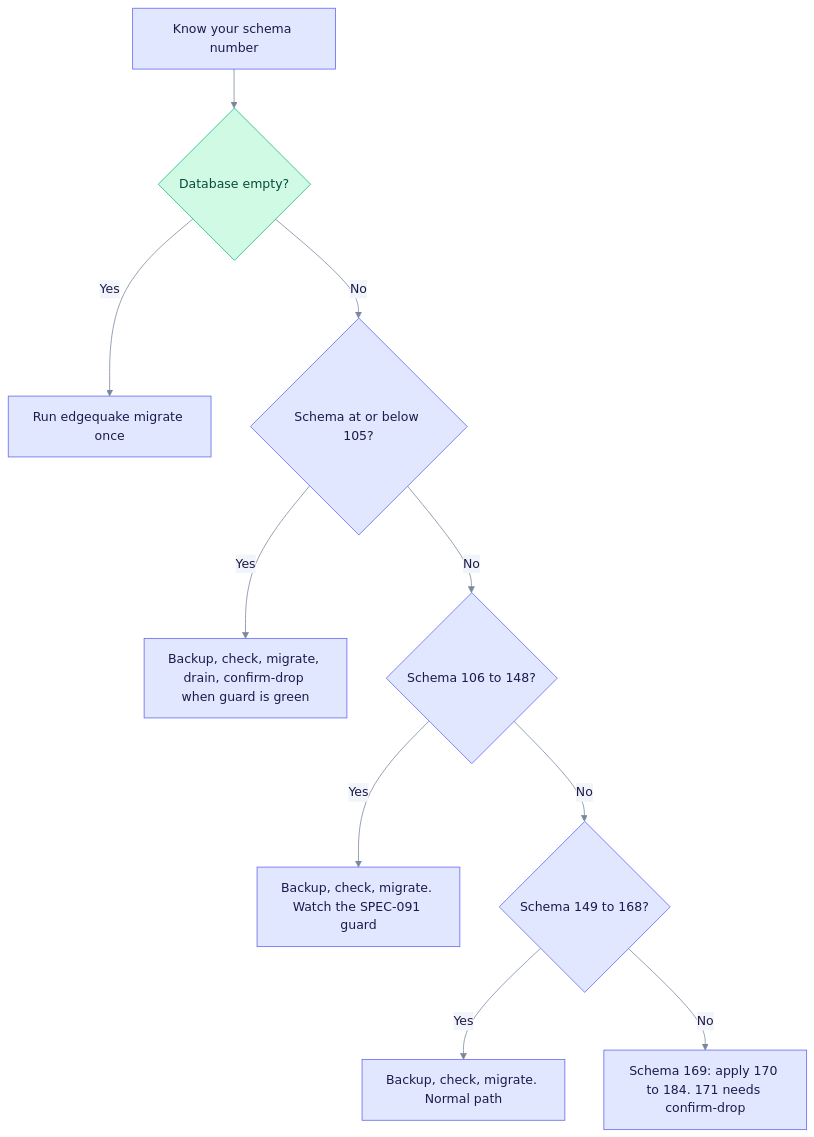
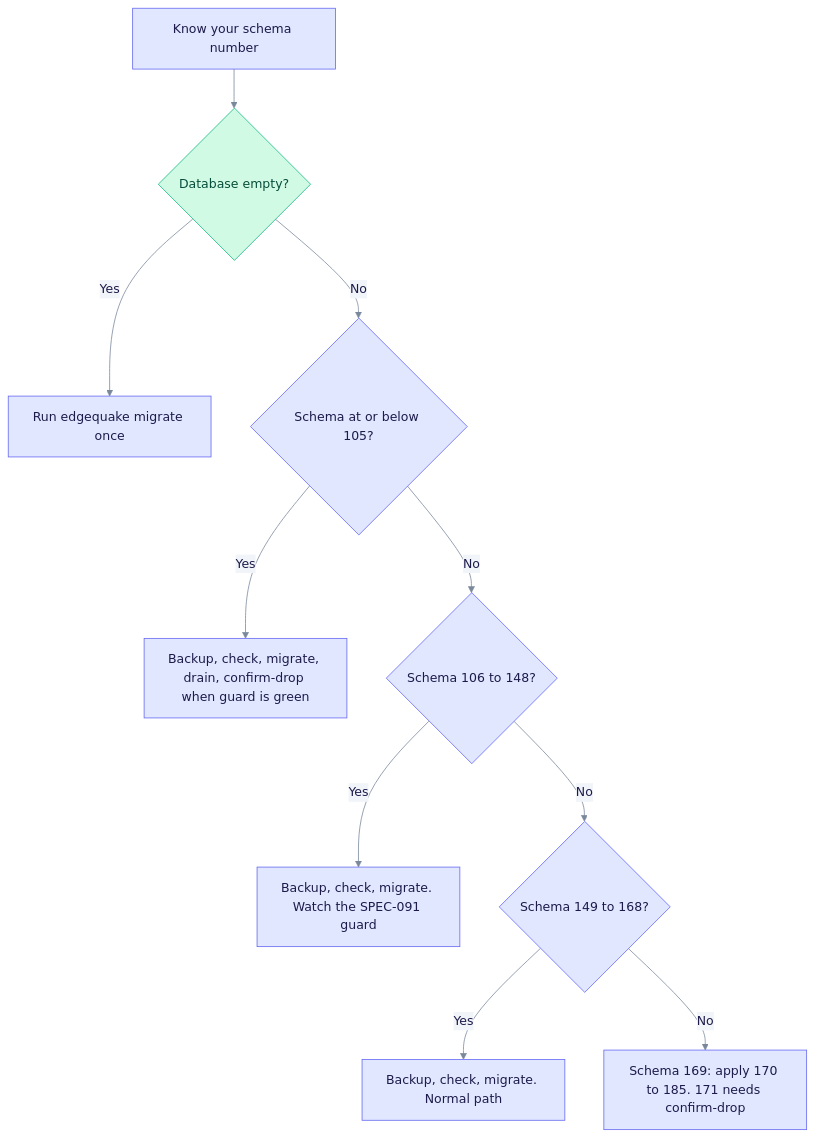
The first of 3 diagrams in docs/operations/upgrading.md (YatchiYa/edgequake), drawn with Mermaid before and after one commit. The commit also changed other lines of this file and 10 other files, not shown here.

````diff
--- a/docs/operations/upgrading.md
+++ b/docs/operations/upgrading.md
@@ -24,17 +24,17 @@
 ```mermaid
 %%{init: {"theme":"base","themeVariables":{"primaryColor":"#E0E7FF","primaryBorderColor":"#6366F1","primaryTextColor":"#1E1B4B","secondaryColor":"#D1FAE5","secondaryBorderColor":"#10B981","secondaryTextColor":"#064E3B","tertiaryColor":"#FEF3C7","tertiaryBorderColor":"#F59E0B","tertiaryTextColor":"#6B7A90","lineColor":"#7A889C","clusterBkg":"rgba(99,102,241,0.07)","clusterBorder":"#A5B4FC","noteBkgColor":"#FEF9C3","noteTextColor":"#422006","textColor":"#6B7A90","titleColor":"#6B7A90","signalColor":"#7A889C","signalTextColor":"#6B7A90","loopTextColor":"#6B7A90","edgeLabelBackground":"#F1F5F9","actorLineColor":"#94A3B8"}}}%%
 %% eq-theme:v1
 flowchart TD
   A["Know your schema number"] --> B{"Database empty?"}
   B -->|Yes| C["Run edgequake migrate once"]
   B -->|No| D{"Schema at or below 105?"}
   D -->|Yes| E["Backup, check, migrate, drain, confirm-drop when guard is green"]
   D -->|No| F{"Schema 106 to 148?"}
   F -->|Yes| G["Backup, check, migrate. Watch the SPEC-091 guard"]
   F -->|No| H{"Schema 149 to 168?"}
   H -->|Yes| I["Backup, check, migrate. Normal path"]
-  H -->|No| J["Schema 169: apply 170 to 184. 171 needs confirm-drop"]
+  H -->|No| J["Schema 169: apply 170 to 185. 171 needs confirm-drop"]
 %% eq-classes
 classDef eqStore fill:#D1FAE5,stroke:#10B981,color:#064E3B
 class B eqStore
 ```
````
